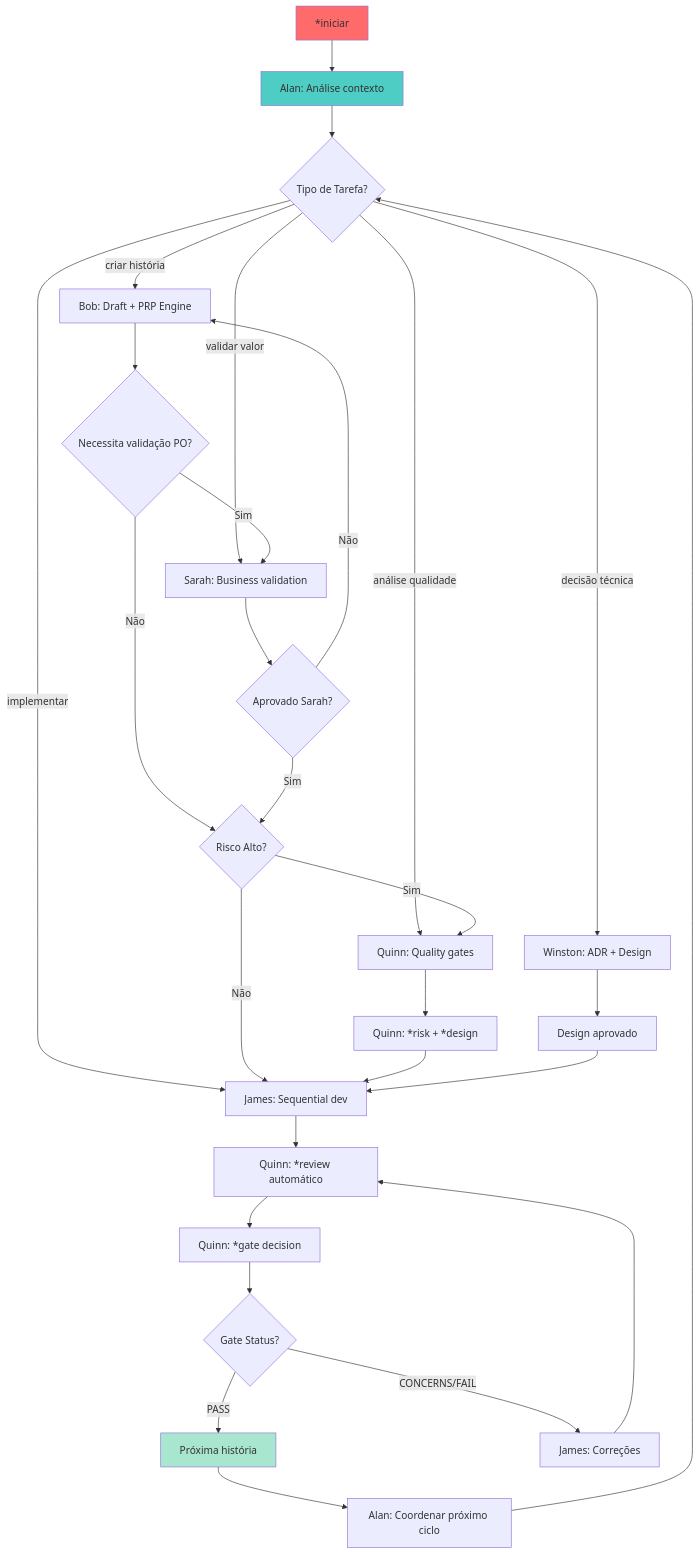
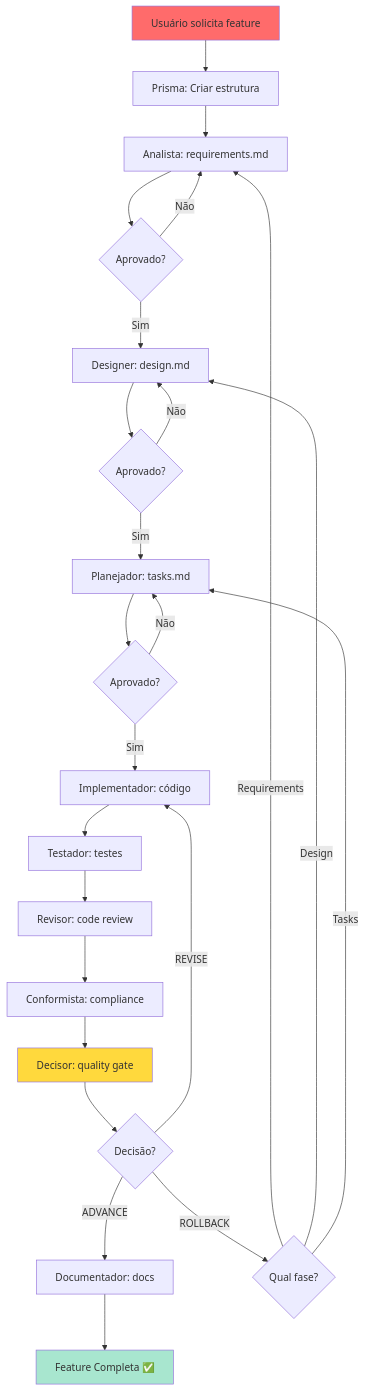
Before and after one commit to matheusmaiberg/prisma: the diagram in README.md, drawn with Mermaid. The commit also changed other lines of this file, not shown here.

First line of the commit message:
docs: reformular README.md para refletir PRISMA v4.0

````diff
--- a/README.md
+++ b/README.md
@@ -197,43 +300,37 @@
 ```mermaid
-graph TD
-    A["*iniciar"] --> B["Alan: Análise contexto"]
-    B --> C{Tipo de Tarefa?}
+graph TB
+    A[Usuário solicita feature] --> B[Prisma: Criar estrutura]
+    B --> C[Analista: requirements.md]
+    C --> D{Aprovado?}
+    D -->|Sim| E[Designer: design.md]
+    D -->|Não| C
 
-    C -->|"criar história"| D["Bob: Draft + PRP Engine"]
-    C -->|"validar valor"| E["Sarah: Business validation"]
-    C -->|"implementar"| F["James: Sequential dev"]
-    C -->|"análise qualidade"| G["Quinn: Quality gates"]
-    C -->|"decisão técnica"| H["Winston: ADR + Design"]
+    E --> F{Aprovado?}
+    F -->|Sim| G[Planejador: tasks.md]
+    F -->|Não| E
 
-    D --> I{Necessita validação PO?}
-    I -->|Sim| E
-    I -->|Não| J{Risco Alto?}
+    G --> H{Aprovado?}
+    H -->|Sim| I[Implementador: código]
+    H -->|Não| G
 
-    E --> K{Aprovado Sarah?}
-    K -->|Sim| J
-    K -->|Não| D
+    I --> J[Testador: testes]
+    J --> K[Revisor: code review]
+    K --> L[Conformista: compliance]
 
-    J -->|Sim| G
-    J -->|Não| F
+    L --> M[Decisor: quality gate]
+    M --> N{Decisão?}
 
-    F --> L["Quinn: *review automático"]
-    L --> M["Quinn: *gate decision"]
+    N -->|ADVANCE| O[Documentador: docs]
+    N -->|REVISE| I
+    N -->|ROLLBACK| P{Qual fase?}
 
-    M --> N{Gate Status?}
-    N -->|PASS| O["Próxima história"]
-    N -->|CONCERNS/FAIL| P["James: Correções"]
-    P --> L
+    P -->|Requirements| C
+    P -->|Design| E
+    P -->|Tasks| G
 
-    G --> Q["Quinn: *risk + *design"]
-    Q --> F
-
-    H --> R["Design aprovado"]
-    R --> F
-
-    O --> S["Alan: Coordenar próximo ciclo"]
-    S --> C
+    O --> Q[Feature Completa ✅]
 
     style A fill:#ff6b6b
-    style B fill:#4ecdc4
-    style O fill:#a8e6cf
+    style Q fill:#a8e6cf
+    style M fill:#ffd93d
 ```
````
